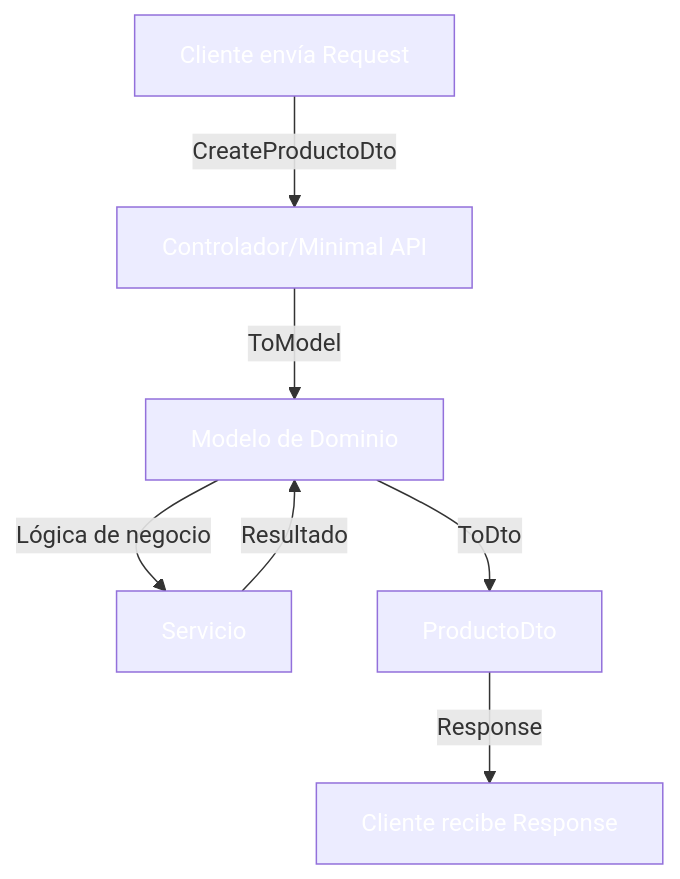
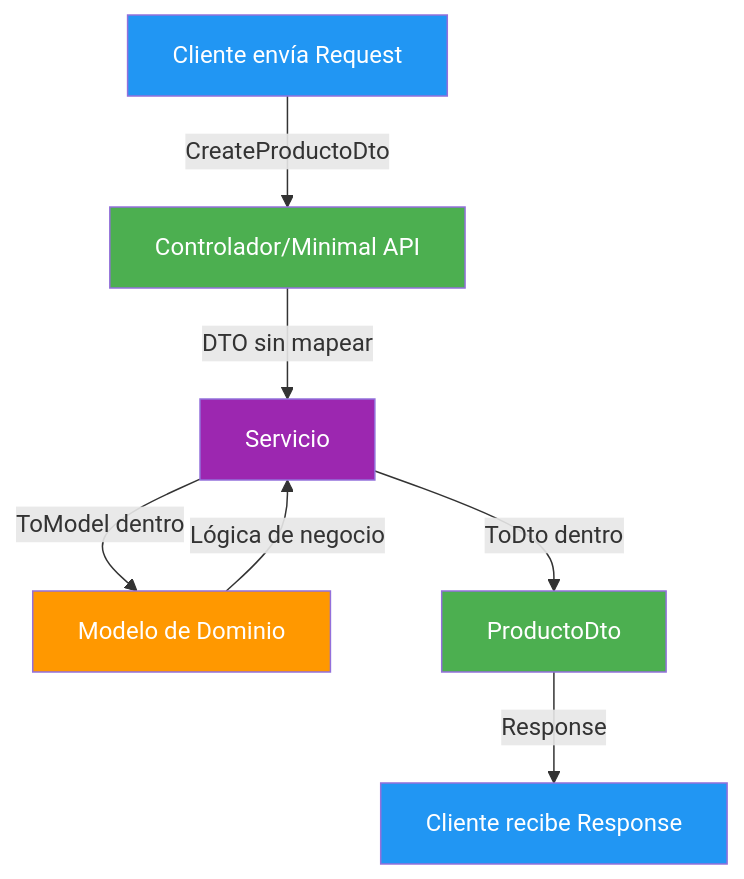
One commit to joseluisgs/DesarrolloWebEntornosServidor-02-2026-2027 changed the first of 11 diagrams in 08-dtos-mapeadores-validaciones.md. Above: the diagram before and after it, drawn with Mermaid. The commit also changed other lines of this file, not shown here.

Commit message:
docs: alinear los ejemplos del tema 08 con el mapeo en la capa de servicio

````diff
--- a/08-dtos-mapeadores-validaciones.md
+++ b/08-dtos-mapeadores-validaciones.md
@@ -145,15 +145,15 @@
 ```mermaid
 graph TD
     A[Cliente envía Request] -->|CreateProductoDto| B[Controlador/Minimal API]
-    B -->|ToModel| C[Modelo de Dominio]
-    C -->|Lógica de negocio| D[Servicio]
-    D -->|Resultado| C
-    C -->|ToDto| E[ProductoDto]
+    B -->|DTO sin mapear| D[Servicio]
+    D -->|ToModel dentro| C[Modelo de Dominio]
+    C -->|Lógica de negocio| D
+    D -->|ToDto dentro| E[ProductoDto]
     E -->|Response| F[Cliente recibe Response]
-    style A fill:#2196F,color:#fff3,color:#fff
-    style B fill:#4CAF5,color:#fff0,color:#fff
-    style C fill:#FF980,color:#fff0,color:#fff
-    style D fill:#9C27B,color:#fff0,color:#fff
-    style E fill:#4CAF5,color:#fff0,color:#fff
-    style F fill:#2196F,color:#fff3,color:#fff
+    style A fill:#2196F3,color:#fff
+    style B fill:#4CAF50,color:#fff
+    style C fill:#FF9800,color:#fff
+    style D fill:#9C27B0,color:#fff
+    style E fill:#4CAF50,color:#fff
+    style F fill:#2196F3,color:#fff
 ```
````
